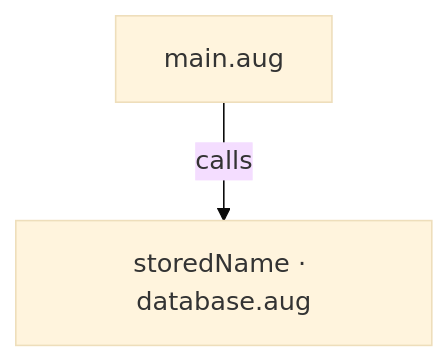
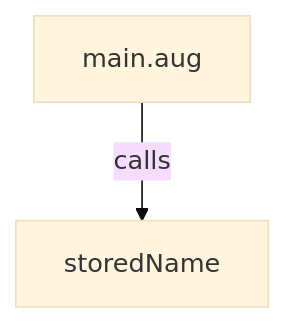
Before and after one commit to GreenPandaStudios/augscript: the first of 2 diagrams in docs/examples/native-sqlite/main-diagrams.md, drawn with Mermaid (base theme). The commit also changed other lines of this file and 524 other files, not shown here.

Commit message:
Explain checked data flow at folder and service levels

````diff
--- a/docs/examples/native-sqlite/main-diagrams.md
+++ b/docs/examples/native-sqlite/main-diagrams.md
@@ -23,6 +20,6 @@
 ```mermaid
 flowchart TD
-    n0["storedName · database.aug"]
+    n0["storedName"]
     n1["main.aug"]
     n1 -->|"calls"| n0
 ```
````
